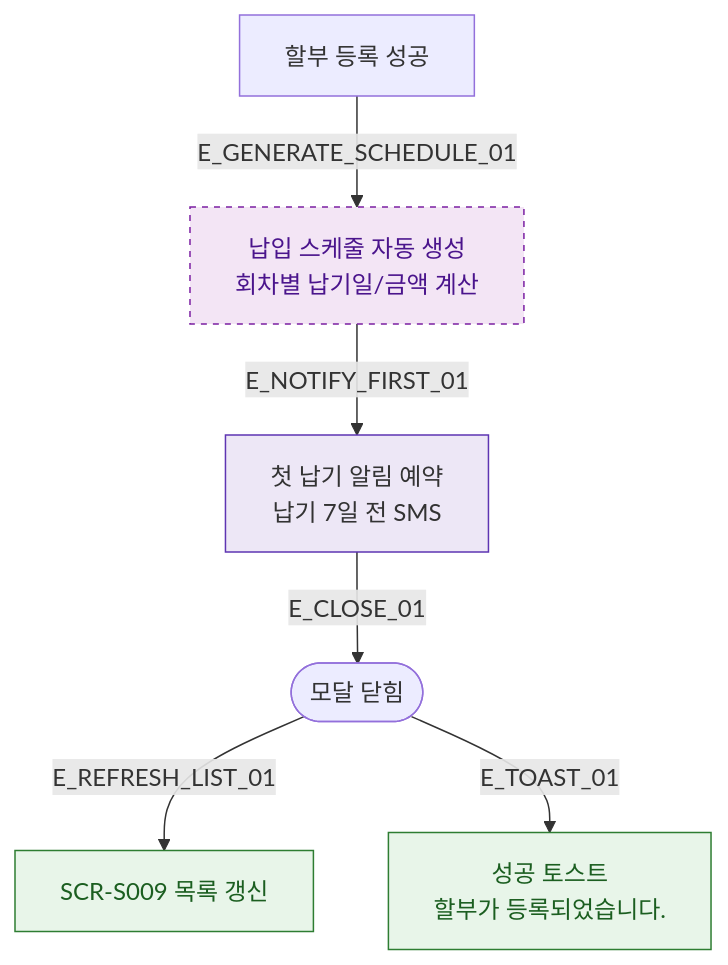
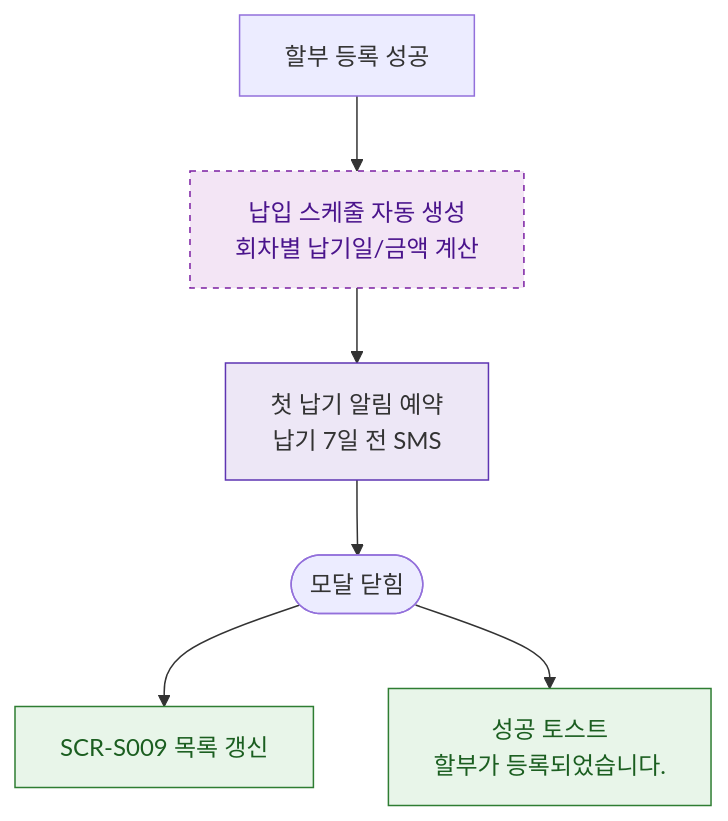
The diagram in docs/다이어그램/D03_매출관리/DLG-S009_할부등록/M3_결과분기.md (dev-spogym/admin-pando), drawn with Mermaid before and after one commit. The commit also changed other lines of this file and 1660 other files, not shown here.

First line of the commit message:
다이어그램: 기획자/클라이언트 납품본으로 정리

````diff
--- a/docs/다이어그램/D03_매출관리/DLG-S009_할부등록/M3_결과분기.md
+++ b/docs/다이어그램/D03_매출관리/DLG-S009_할부등록/M3_결과분기.md
@@ -20,16 +18,16 @@
 ```mermaid
 flowchart TD
-    SAVE_OK[할부 등록 성공] -->|E_GENERATE_SCHEDULE_01| SCHEDULE_GEN[납입 스케줄 자동 생성\n회차별 납기일/금액 계산]
-    SCHEDULE_GEN -->|E_NOTIFY_FIRST_01| NOTIFY[첫 납기 알림 예약\n납기 7일 전 SMS]
-    NOTIFY -->|E_CLOSE_01| CLOSED([모달 닫힘])
-    CLOSED -->|E_REFRESH_LIST_01| REFRESH[SCR-S009 목록 갱신]
-    CLOSED -->|E_TOAST_01| SUCCESS_TOAST[성공 토스트\n할부가 등록되었습니다.]
+    SAVE_OK[할부 등록 성공] --> SCHEDULE_GEN[납입 스케줄 자동 생성\n회차별 납기일/금액 계산]
+    SCHEDULE_GEN --> NOTIFY[첫 납기 알림 예약\n납기 7일 전 SMS]
+    NOTIFY --> CLOSED([모달 닫힘])
+    CLOSED --> REFRESH[SCR-S009 목록 갱신]
+    CLOSED --> SUCCESS_TOAST[성공 토스트\n할부가 등록되었습니다.]
 
     classDef newFeature fill:#F3E5F5,stroke:#7B1FA2,color:#4A148C,stroke-dasharray:4 4
     classDef system fill:#EDE7F6,stroke:#5E35B2
     classDef success fill:#E8F5E9,stroke:#2E7D32,color:#1B5E20
 
     class SCHEDULE_GEN newFeature
     class NOTIFY system
     class SUCCESS_TOAST,REFRESH success
 ```
````
